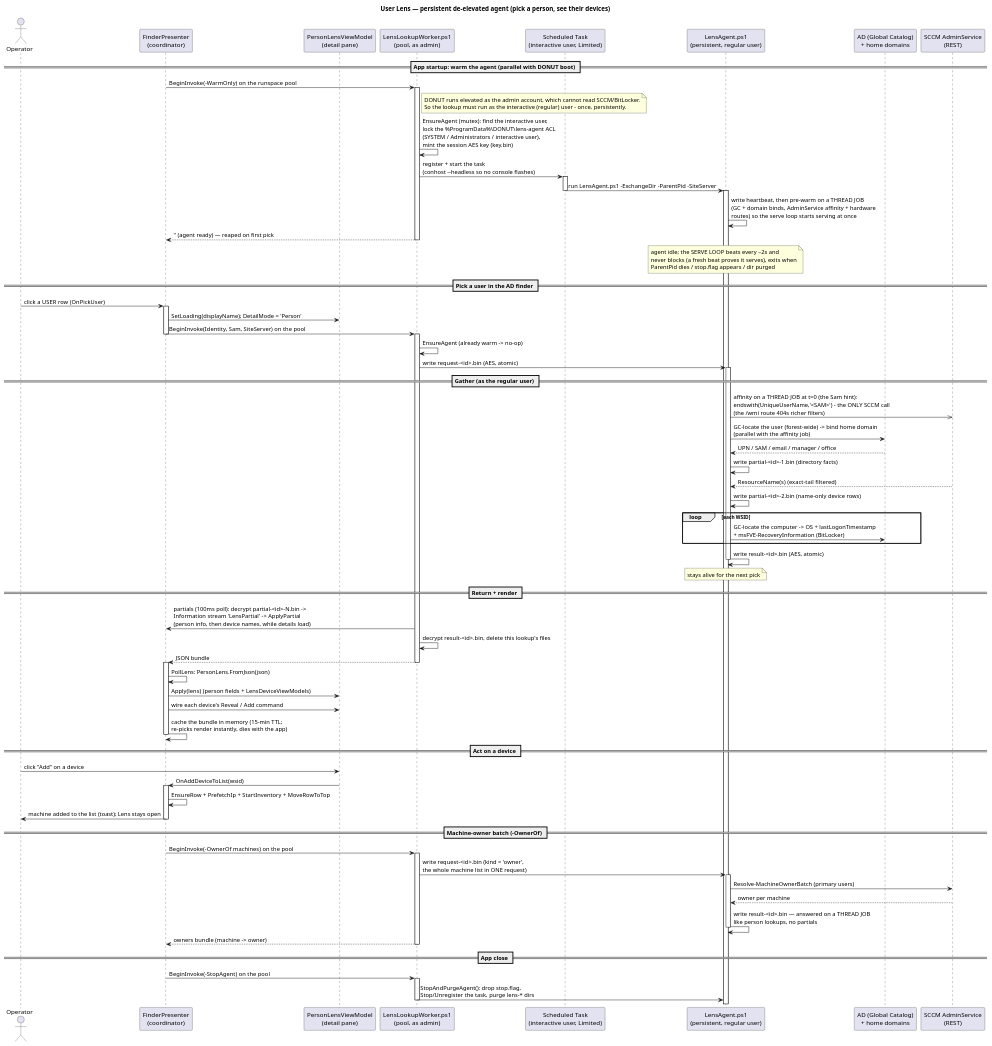
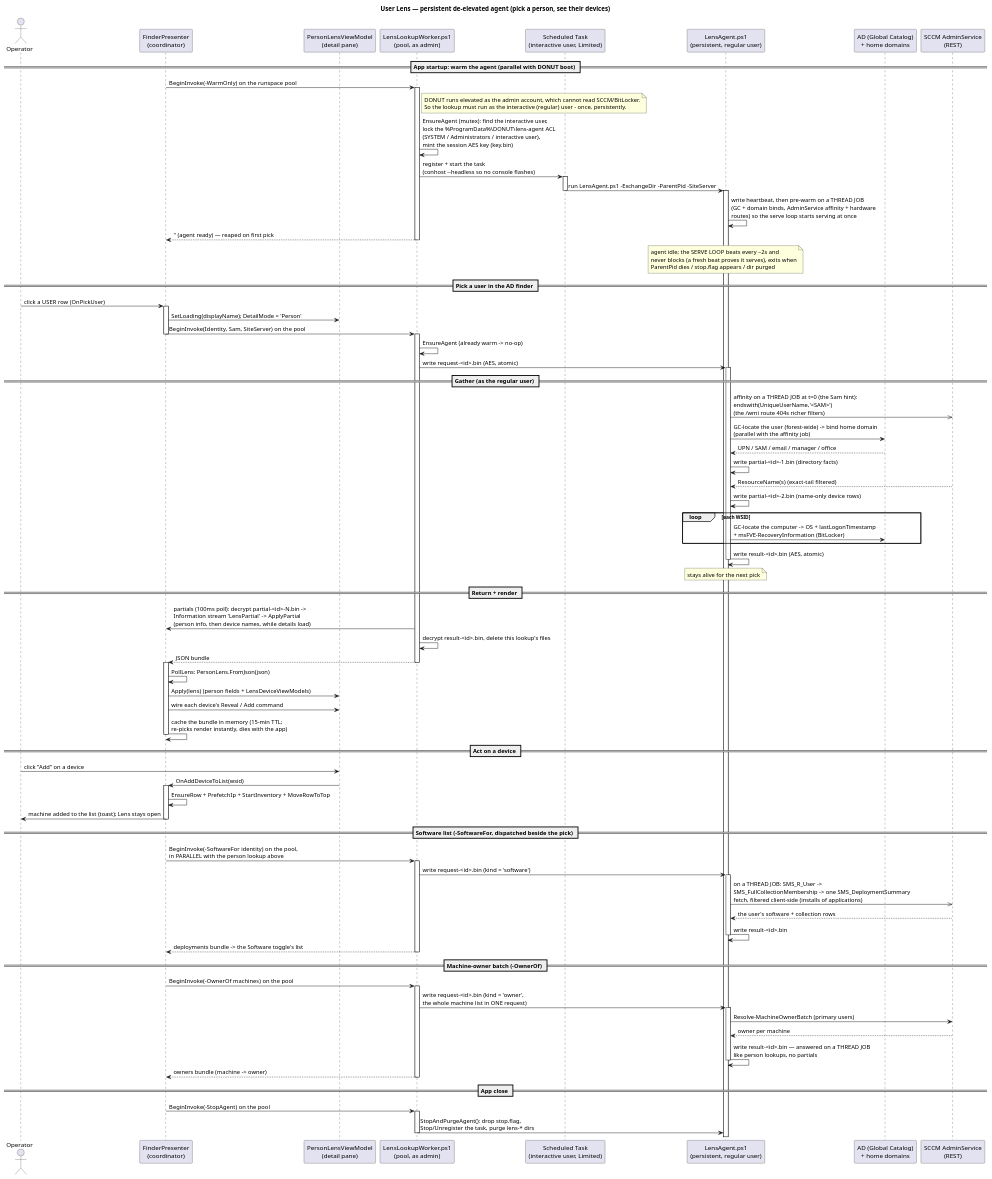
The diagram in docs/diagrams/lens_lookup_sequence_diagram.puml (Danial-Changez/DONUT), drawn with PlantUML before and after one commit. The commit also changed 2 other files, not shown here.

Commit message:
docs: the lens docs learn the software list

```diff
--- a/docs/diagrams/lens_lookup_sequence_diagram.puml
+++ b/docs/diagrams/lens_lookup_sequence_diagram.puml
@@ -1,93 +1,105 @@
 @startuml lens_lookup_sequence_diagram
 title User Lens — persistent de-elevated agent (pick a person, see their devices)
 
 actor Operator as OP
 participant "FinderPresenter\n(coordinator)" as P
 participant "PersonLensViewModel\n(detail pane)" as VM
 participant "LensLookupWorker.ps1\n(pool, as admin)" as PW
 participant "Scheduled Task\n(interactive user, Limited)" as TASK
 participant "LensAgent.ps1\n(persistent, regular user)" as AG
 participant "AD (Global Catalog)\n+ home domains" as AD
 participant "SCCM AdminService\n(REST)" as SCCM
 
 == App startup: warm the agent (parallel with DONUT boot) ==
 P -> PW : BeginInvoke(-WarmOnly)  on the runspace pool
 activate PW
 note right of PW
   DONUT runs elevated as the admin account, which cannot read SCCM/BitLocker.
   So the lookup must run as the interactive (regular) user - once, persistently.
 end note
 PW -> PW : EnsureAgent (mutex): find the interactive user,\nlock the %ProgramData%\\DONUT\\lens-agent ACL\n(SYSTEM / Administrators / interactive user),\nmint the session AES key (key.bin)
 PW -> TASK : register + start the task\n(conhost --headless so no console flashes)
 activate TASK
 TASK -> AG : run LensAgent.ps1 -ExchangeDir -ParentPid -SiteServer
 deactivate TASK
 activate AG
 AG -> AG : write heartbeat, then pre-warm on a THREAD JOB\n(GC + domain binds, AdminService affinity + hardware\nroutes) so the serve loop starts serving at once
 PW --> P : '' (agent ready) — reaped on first pick
 deactivate PW
 note over AG : agent idle; the SERVE LOOP beats every ~2s and\nnever blocks (a fresh beat proves it serves), exits when\nParentPid dies / stop.flag appears / dir purged
 
 == Pick a user in the AD finder ==
 OP -> P : click a USER row  (OnPickUser)
 activate P
 P -> VM : SetLoading(displayName); DetailMode = 'Person'
 P -> PW : BeginInvoke(Identity, Sam, SiteServer)  on the pool
 deactivate P
 activate PW
 PW -> PW : EnsureAgent (already warm -> no-op)
 PW -> AG : write request-<id>.bin (AES, atomic)
 activate AG
 
 == Gather (as the regular user) ==
-AG ->> SCCM : affinity on a THREAD JOB at t=0 (the Sam hint):\nendswith(UniqueUserName,'<SAM>') - the ONLY SCCM call\n(the /wmi route 404s richer filters)
+AG ->> SCCM : affinity on a THREAD JOB at t=0 (the Sam hint):\nendswith(UniqueUserName,'<SAM>')\n(the /wmi route 404s richer filters)
 AG -> AD : GC-locate the user (forest-wide) -> bind home domain\n(parallel with the affinity job)
 AD --> AG : UPN / SAM / email / manager / office
 AG -> AG : write partial-<id>-1.bin (directory facts)
 SCCM --> AG : ResourceName(s)  (exact-tail filtered)
 AG -> AG : write partial-<id>-2.bin (name-only device rows)
 loop each WSID
   AG -> AD : GC-locate the computer -> OS + lastLogonTimestamp\n+ msFVE-RecoveryInformation (BitLocker)
 end
 AG -> AG : write result-<id>.bin (AES, atomic)
 deactivate AG
 note over AG : stays alive for the next pick
 
 == Return + render ==
 PW -> P : partials (100ms poll): decrypt partial-<id>-N.bin ->\nInformation stream 'LensPartial' -> ApplyPartial\n(person info, then device names, while details load)
 PW -> PW : decrypt result-<id>.bin, delete this lookup's files
 PW --> P : JSON bundle
 deactivate PW
 activate P
 P -> P : PollLens: PersonLens.FromJson(json)
 P -> VM : Apply(lens)  (person fields + LensDeviceViewModels)
 P -> VM : wire each device's Reveal / Add command
 P -> P : cache the bundle in memory (15-min TTL;\nre-picks render instantly, dies with the app)
 deactivate P
 
 == Act on a device ==
 OP -> VM : click "Add" on a device
 VM -> P : OnAddDeviceToList(wsid)
 activate P
 P -> P : EnsureRow + PrefetchIp + StartInventory + MoveRowToTop
 P -> OP : machine added to the list (toast); Lens stays open
 deactivate P
 
+== Software list (-SoftwareFor, dispatched beside the pick) ==
+P -> PW : BeginInvoke(-SoftwareFor identity)  on the pool,\nin PARALLEL with the person lookup above
+activate PW
+PW -> AG : write request-<id>.bin (kind = 'software')
+activate AG
+AG ->> SCCM : on a THREAD JOB: SMS_R_User -> \nSMS_FullCollectionMembership -> one SMS_DeploymentSummary\nfetch, filtered client-side (installs of applications)
+SCCM --> AG : the user's software + collection rows
+AG -> AG : write result-<id>.bin
+deactivate AG
+PW --> P : deployments bundle -> the Software toggle's list
+deactivate PW
+
 == Machine-owner batch (-OwnerOf) ==
 P -> PW : BeginInvoke(-OwnerOf machines)  on the pool
 activate PW
 PW -> AG : write request-<id>.bin (kind = 'owner',\nthe whole machine list in ONE request)
 activate AG
 AG -> SCCM : Resolve-MachineOwnerBatch (primary users)
 SCCM --> AG : owner per machine
 AG -> AG : write result-<id>.bin — answered on a THREAD JOB\nlike person lookups, no partials
 deactivate AG
 PW --> P : owners bundle (machine -> owner)
 deactivate PW
 
 == App close ==
 P -> PW : BeginInvoke(-StopAgent)  on the pool
 activate PW
 PW -> AG : StopAndPurgeAgent(): drop stop.flag,\nStop/Unregister the task, purge lens-* dirs
 deactivate PW
 @enduml
```
